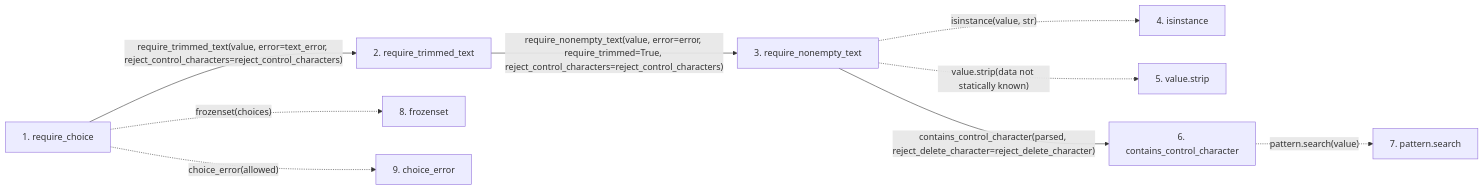
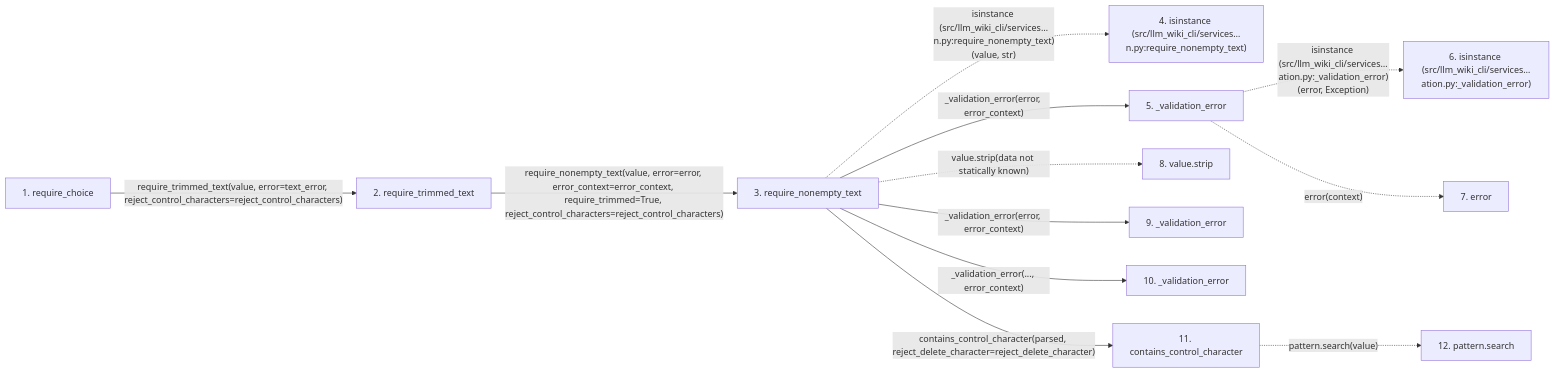
Before and after one commit to Denissvgn/python-wiki-llm: the second of 2 diagrams in docs/llm_wiki/flows/api-require_choice.md, drawn with Mermaid. The commit also changed other lines of this file and 627 other files, not shown here.

````diff
--- a/docs/llm_wiki/flows/api-require_choice.md
+++ b/docs/llm_wiki/flows/api-require_choice.md
@@ -50,24 +59,33 @@
 ```mermaid
 flowchart LR
     s1["1. require_choice"]
     s2["2. require_trimmed_text"]
     s3["3. require_nonempty_text"]
-    s4["4. isinstance"]
-    s5["5. value.strip"]
-    s6["6. contains_control_character"]
-    s7["7. pattern.search"]
-    s8["8. frozenset"]
-    s9["9. choice_error"]
+    s4["4. isinstance (src/llm_wiki_cli/services…n.py:require_nonempty_text)"]
+    s5["5. _validation_error"]
+    s6["6. isinstance (src/llm_wiki_cli/services…ation.py:_validation_error)"]
+    s7["7. error"]
+    s8["8. value.strip"]
+    s9["9. _validation_error"]
+    s10["10. _validation_error"]
+    s11["11. contains_control_character"]
+    s12["12. pattern.search"]
     s1 -->|"require_trimmed_text(value, error=text_error, reject_control_characters=reject_control_characters)"| s2
-    s2 -->|"require_nonempty_text(value, error=error, require_trimmed=True, reject_control_characters=reject_control_characters)"| s3
-    s3 -. "isinstance(value, str)" .-> s4
-    s3 -. "value.strip(data not statically known)" .-> s5
-    s3 -->|"contains_control_character(parsed, reject_delete_character=reject_delete_character)"| s6
-    s6 -. "pattern.search(value)" .-> s7
-    s1 -. "frozenset(choices)" .-> s8
-    s1 -. "choice_error(allowed)" .-> s9
+    s2 -->|"require_nonempty_text(value, error=error, error_context=error_context, require_trimmed=True, reject_control_characters=reject_control_characters)"| s3
+    s3 -. "isinstance (src/llm_wiki_cli/services…n.py:require_nonempty_text)(value, str)" .-> s4
+    s3 -->|"_validation_error(error, error_context)"| s5
+    s5 -. "isinstance (src/llm_wiki_cli/services…ation.py:_validation_error)(error, Exception)" .-> s6
+    s5 -. "error(context)" .-> s7
+    s3 -. "value.strip(data not statically known)" .-> s8
+    s3 -->|"_validation_error(error, error_context)"| s9
+    s3 -->|"_validation_error(..., error_context)"| s10
+    s3 -->|"contains_control_character(parsed, reject_delete_character=reject_delete_character)"| s11
+    s11 -. "pattern.search(value)" .-> s12
     click s1 "../modules/validation.md"
     click s2 "../modules/validation.md"
     click s3 "../modules/validation.md"
-    click s6 "../modules/validation.md"
+    click s5 "../modules/validation.md"
+    click s9 "../modules/validation.md"
+    click s10 "../modules/validation.md"
+    click s11 "../modules/validation.md"
 ```
````
